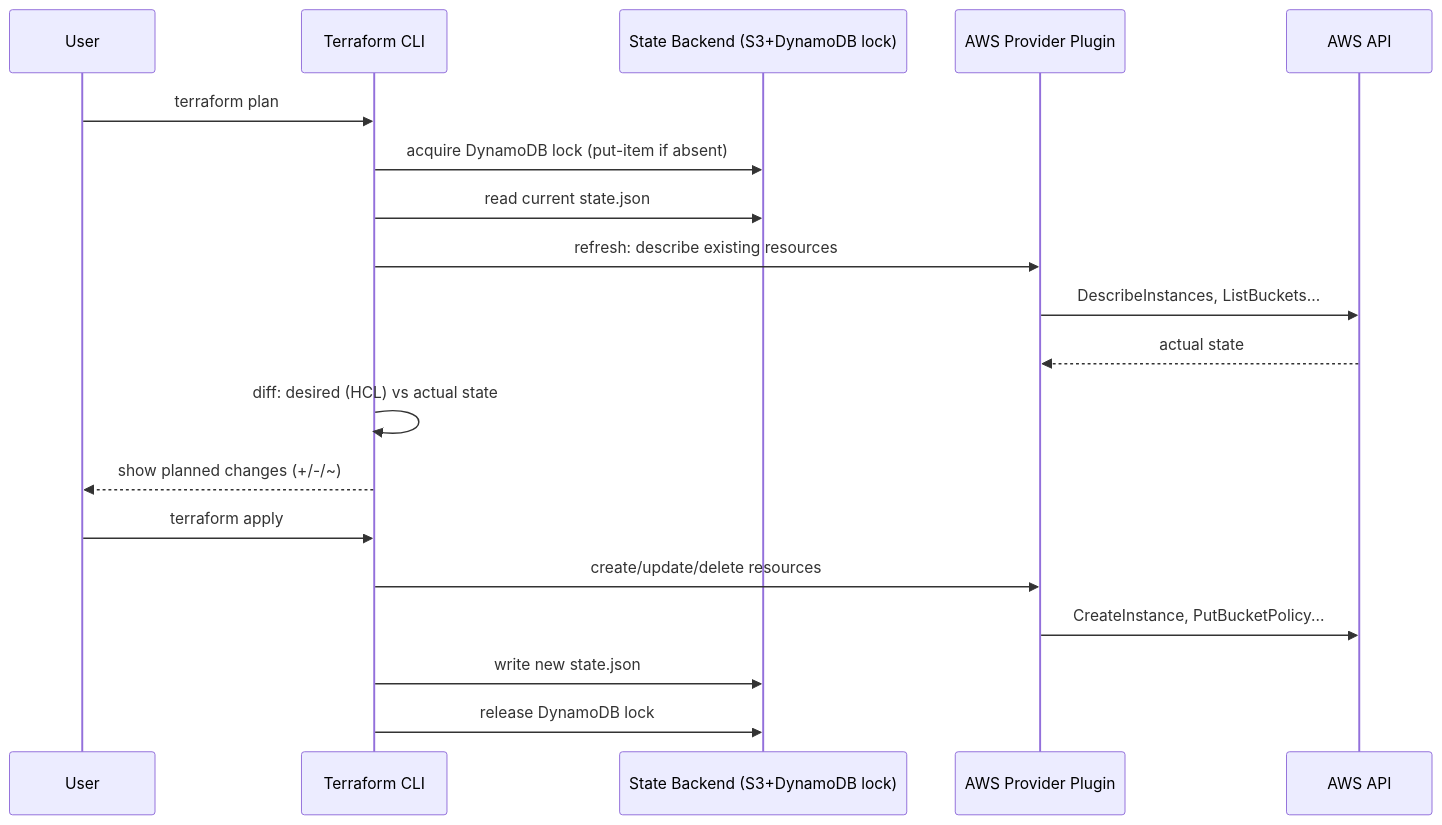
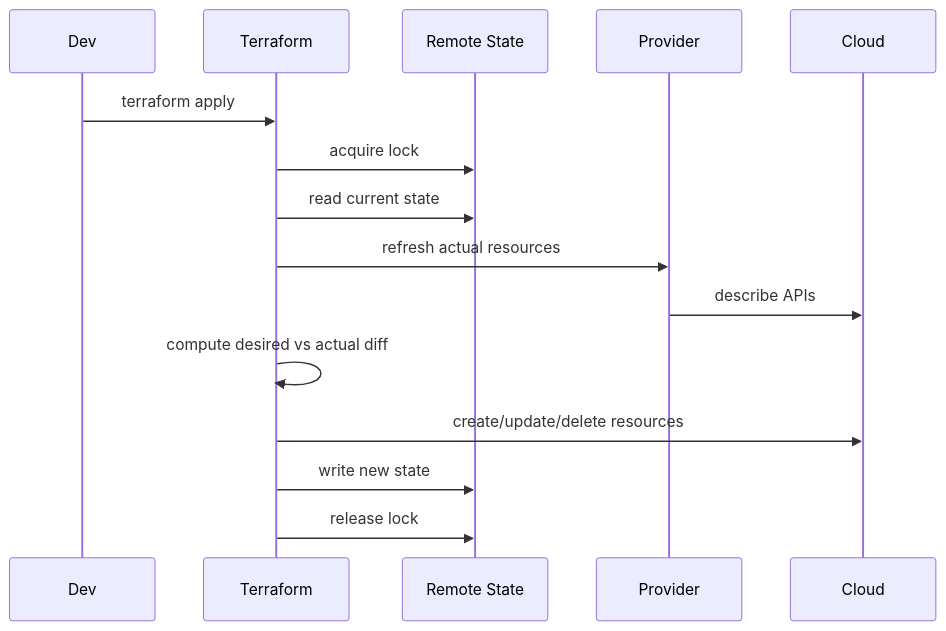
The third of 3 diagrams in content/docs/books/cs-reference/miscellaneous-cs.md (choisimo/document), drawn with Mermaid before and after one commit. The commit also changed other lines of this file and 432 other files, not shown here.

````diff
--- a/content/docs/books/cs-reference/miscellaneous-cs.md
+++ b/content/docs/books/cs-reference/miscellaneous-cs.md
@@ -196,22 +100,18 @@
 ```mermaid
 sequenceDiagram
-    participant User
-    participant TF as Terraform CLI
-    participant State as State Backend (S3+DynamoDB lock)
-    participant Provider as AWS Provider Plugin
-    participant API as AWS API
+    participant Dev
+    participant TF as Terraform
+    participant State as Remote State
+    participant Provider
+    participant Cloud
 
-    User->>TF: terraform plan
-    TF->>State: acquire DynamoDB lock (put-item if absent)
-    TF->>State: read current state.json
-    TF->>Provider: refresh: describe existing resources
-    Provider->>API: DescribeInstances, ListBuckets...
-    API-->>Provider: actual state
-    TF->>TF: diff: desired (HCL) vs actual state
-    TF-->>User: show planned changes (+/-/~)
-    User->>TF: terraform apply
-    TF->>Provider: create/update/delete resources
-    Provider->>API: CreateInstance, PutBucketPolicy...
-    TF->>State: write new state.json
-    TF->>State: release DynamoDB lock
+    Dev->>TF: terraform apply
+    TF->>State: acquire lock
+    TF->>State: read current state
+    TF->>Provider: refresh actual resources
+    Provider->>Cloud: describe APIs
+    TF->>TF: compute desired vs actual diff
+    TF->>Cloud: create/update/delete resources
+    TF->>State: write new state
+    TF->>State: release lock
 ```
````
